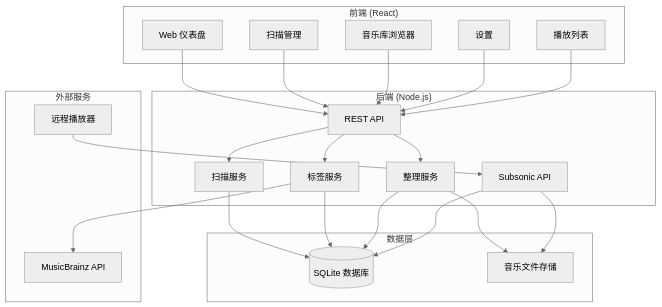
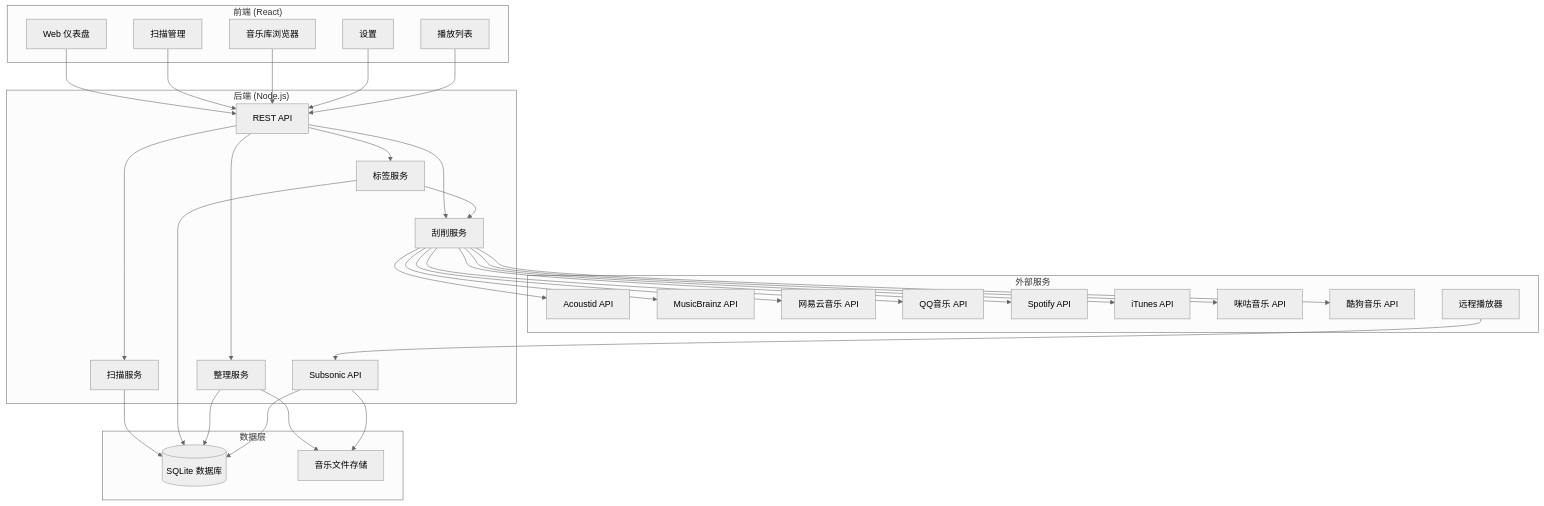
Before and after one commit to WNotCoder/music-organize: the first of 3 diagrams in docs/TECHNICAL_ARCHITECTURE.md, drawn with Mermaid (neutral theme). The commit also changed other lines of this file and 38 other files, not shown here.

````diff
--- a/docs/TECHNICAL_ARCHITECTURE.md
+++ b/docs/TECHNICAL_ARCHITECTURE.md
@@ -7,45 +7,62 @@
 ```mermaid
 flowchart TB
     subgraph Frontend["前端 (React)"]
         A[Web 仪表盘]
         B[扫描管理]
         C[音乐库浏览器]
         D[设置]
         E[播放列表]
     end
     
     subgraph Backend["后端 (Node.js)"]
         F[REST API]
         G[Subsonic API]
         H[扫描服务]
         I[标签服务]
         J[整理服务]
+        K[刮削服务]
     end
     
     subgraph Data["数据层"]
-        K[(SQLite 数据库)]
-        L[音乐文件存储]
+        L[(SQLite 数据库)]
+        M[音乐文件存储]
     end
     
     subgraph External["外部服务"]
-        M[MusicBrainz API]
-        N[远程播放器]
+        N[Acoustid API]
+        O[MusicBrainz API]
+        P[网易云音乐 API]
+        Q[QQ音乐 API]
+        R[Spotify API]
+        S[iTunes API]
+        T[咪咕音乐 API]
+        U[酷狗音乐 API]
+        V[远程播放器]
     end
     
     A --> F
     B --> F
     C --> F
     D --> F
     E --> F
     F --> H
     F --> I
     F --> J
-    H --> K
+    F --> K
+    H --> L
+    I --> L
     I --> K
-    I --> M
-    J --> K
+    K --> N
+    K --> O
+    K --> P
+    K --> Q
+    K --> R
+    K --> S
+    K --> T
+    K --> U
     J --> L
-    N --> G
-    G --> K
+    J --> M
+    V --> G
     G --> L
+    G --> M
 ```
````
